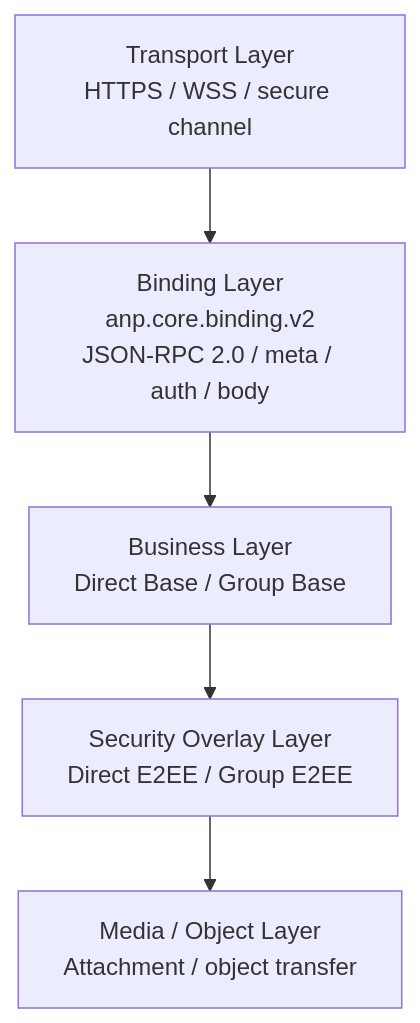
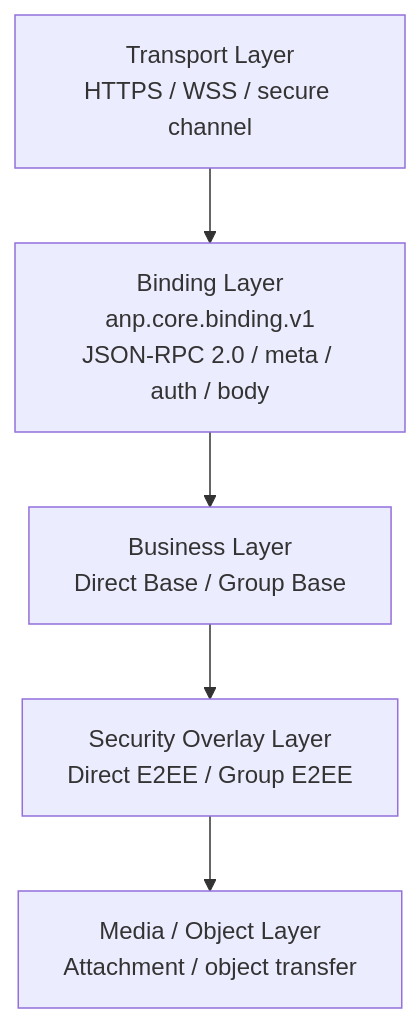
The first of 4 diagrams in message/vnext/01-core-binding.md (NeatNerdPrime/AgentNetworkProtocol), drawn with Mermaid before and after one commit. The commit also changed other lines of this file and 27 other files, not shown here.

````diff
--- a/message/vnext/01-core-binding.md
+++ b/message/vnext/01-core-binding.md
@@ -68,10 +68,10 @@
 ```mermaid
 flowchart TB
 T[Transport Layer<br/>HTTPS / WSS / secure channel]
-B[Binding Layer<br/>anp.core.binding.v2<br/>JSON-RPC 2.0 / meta / auth / body]
+B[Binding Layer<br/>anp.core.binding.v1<br/>JSON-RPC 2.0 / meta / auth / body]
 D[Business Layer<br/>Direct Base / Group Base]
 S[Security Overlay Layer<br/>Direct E2EE / Group E2EE]
 M[Media / Object Layer<br/>Attachment / object transfer]
 
 T --> B --> D --> S --> M
 ```
````
